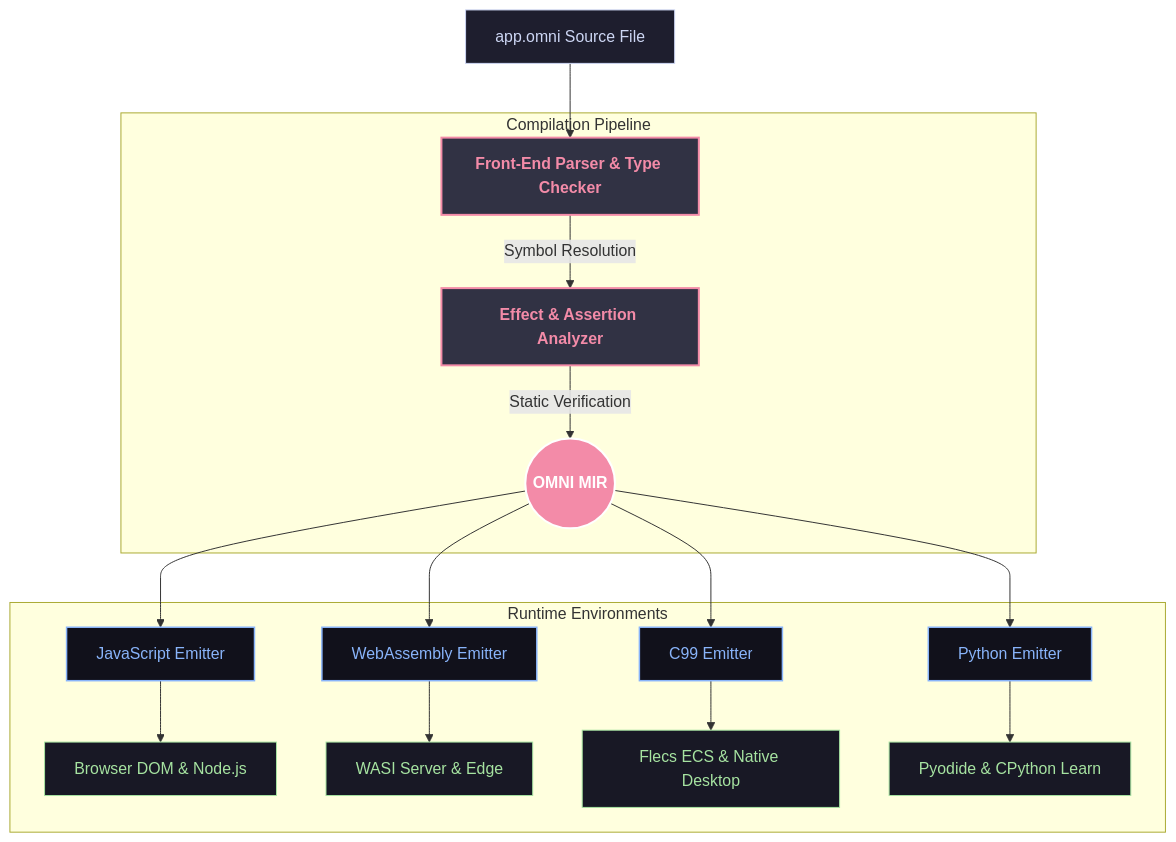
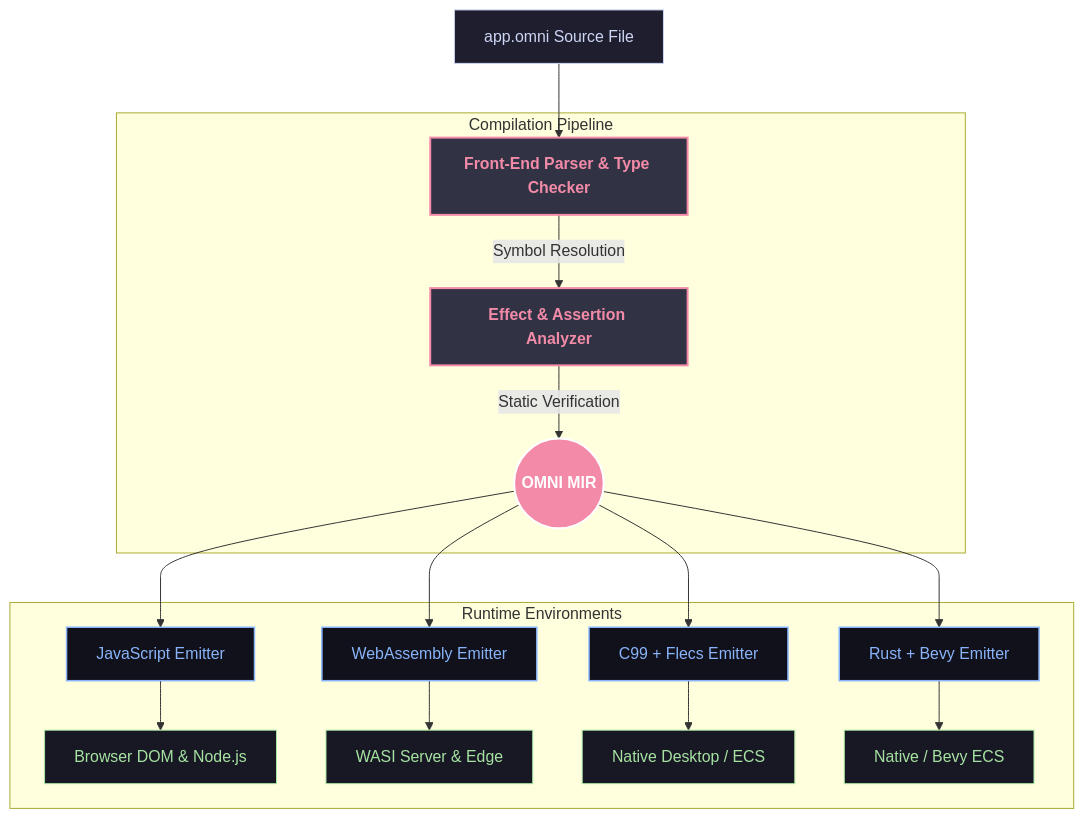
The diagram in README.md (azzouzabdelhak68-ship-it/omni-lang), drawn with Mermaid before and after one commit. The commit also changed other lines of this file and 46 other files, not shown here.

````diff
--- a/README.md
+++ b/README.md
@@ -26,28 +41,28 @@
 ```mermaid
 flowchart TD
     %% Custom Styles
     classDef source fill:#1e1e2e,stroke:#cdd6f4,stroke-width:1px,color:#cdd6f4;
     classDef frontend fill:#313244,stroke:#f38ba8,stroke-width:2px,color:#f38ba8,font-weight:bold;
     classDef mir fill:#f38ba8,stroke:#ffffff,stroke-width:2px,color:#ffffff,font-weight:bold;
     classDef backend fill:#11111b,stroke:#89b4fa,stroke-width:1.5px,color:#89b4fa;
     classDef target fill:#181825,stroke:#a6e3a1,stroke-width:1px,color:#a6e3a1;
 
     A[app.omni Source File]:::source --> B[Front-End Parser & Type Checker]:::frontend
-    
+
     subgraph Front-End [Compilation Pipeline]
         B -->|Symbol Resolution| C[Effect & Assertion Analyzer]:::frontend
         C -->|Static Verification| D((OMNI MIR)):::mir
     end
 
     D --> E[JavaScript Emitter]:::backend
     D --> F[WebAssembly Emitter]:::backend
-    D --> G[C99 Emitter]:::backend
-    D --> H[Python Emitter]:::backend
+    D --> G[C99 + Flecs Emitter]:::backend
+    D --> H[Rust + Bevy Emitter]:::backend
 
     subgraph Targets [Runtime Environments]
         E --> I[Browser DOM & Node.js]:::target
         F --> J[WASI Server & Edge]:::target
-        G --> K[Flecs ECS & Native Desktop]:::target
-        H --> L[Pyodide & CPython Learn]:::target
+        G --> K[Native Desktop / ECS]:::target
+        H --> L[Native / Bevy ECS]:::target
     end
 ```
````
